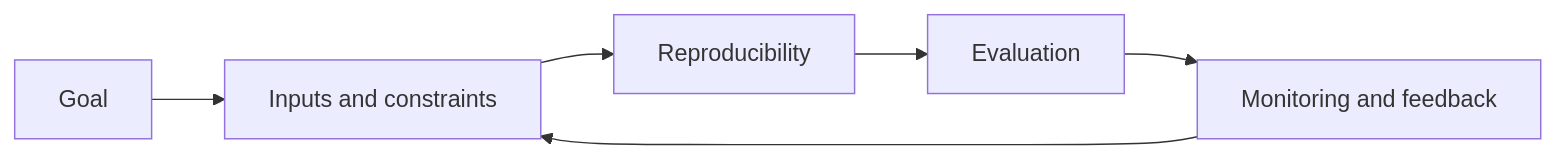
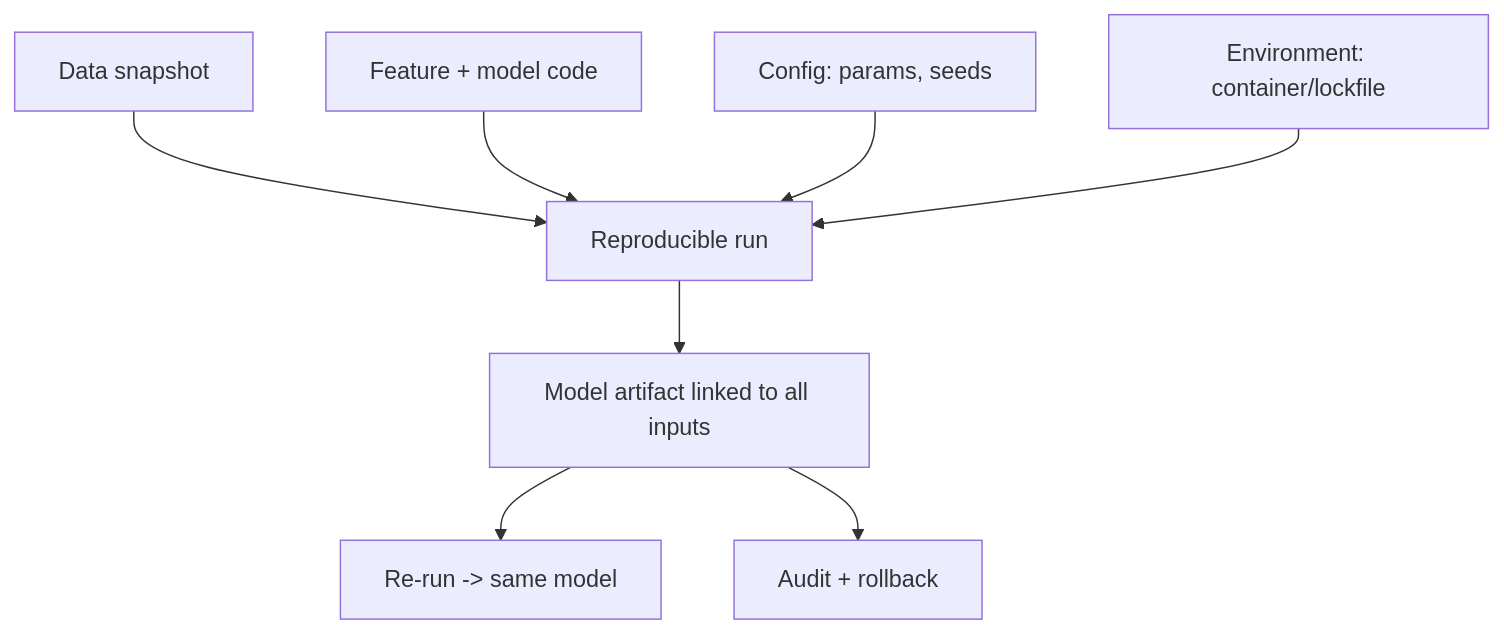
The diagram in mlops/02-reproducibility.md (Icon1cc/Machine-Learning), drawn with Mermaid before and after one commit. The commit also changed other lines of this file and 118 other files, not shown here.

````diff
--- a/mlops/02-reproducibility.md
+++ b/mlops/02-reproducibility.md
@@ -93,8 +70,10 @@
 ```mermaid
-flowchart LR
-    A[Goal] --> B[Inputs and constraints]
-    B --> C[Reproducibility]
-    C --> D[Evaluation]
-    D --> E[Monitoring and feedback]
-    E --> B
+flowchart TD
+    A[Data snapshot] --> E[Reproducible run]
+    B[Feature + model code] --> E
+    C[Config: params, seeds] --> E
+    D[Environment: container/lockfile] --> E
+    E --> F[Model artifact linked to all inputs]
+    F --> G[Re-run -> same model]
+    F --> H[Audit + rollback]
 ```
````
